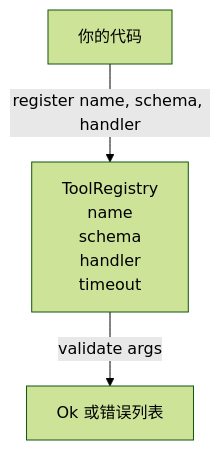
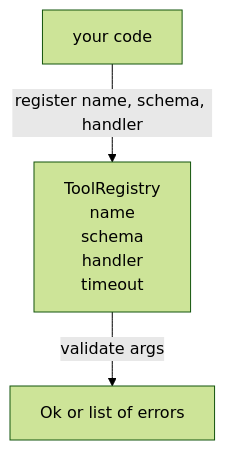
The diagram in i18n/zh/phases/19-capstone-projects/21-tool-registry-schema-validation/docs/zh.md (xiaojiaenen/ai-engineering-from-scratch-zh), drawn with Mermaid (forest theme) before and after one commit. The commit also changed other lines of this file and 85 other files, not shown here.

````diff
--- a/i18n/zh/phases/19-capstone-projects/21-tool-registry-schema-validation/docs/zh.md
+++ b/i18n/zh/phases/19-capstone-projects/21-tool-registry-schema-validation/docs/zh.md
@@ -84,8 +84,8 @@
 ```mermaid
 flowchart TD
-    code[你的代码]
+    code[your code]
     reg[ToolRegistry<br/>name<br/>schema<br/>handler<br/>timeout]
-    out[Ok 或错误列表]
+    out[Ok or list of errors]
     code -->|register name, schema, handler| reg
     reg -->|validate args| out
 ```
````
